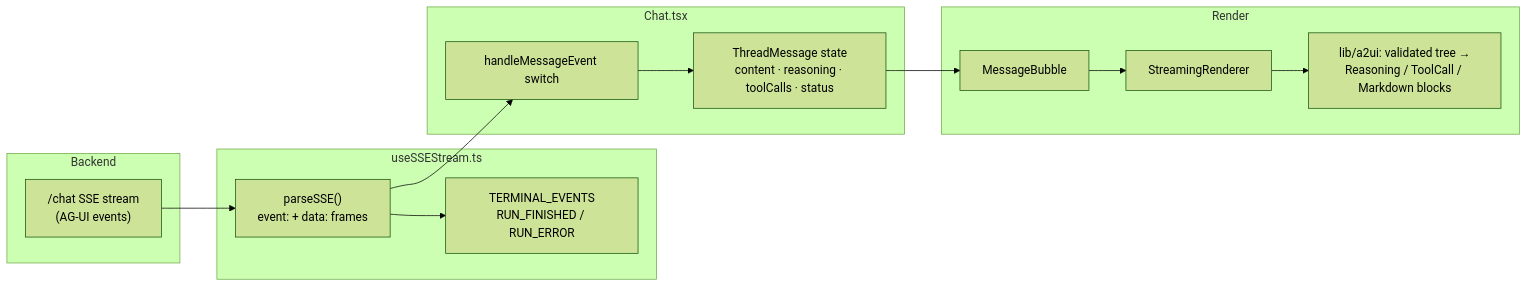
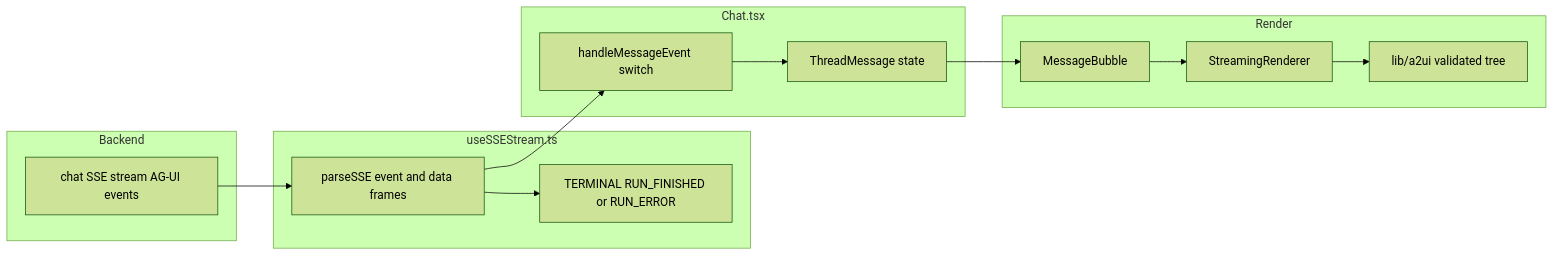
Before and after one commit to tituslhy/fictional-bassoon: the diagram in frontend/README.md, drawn with Mermaid (forest theme). The commit also changed other lines of this file and 60 other files, not shown here.

````diff
--- a/frontend/README.md
+++ b/frontend/README.md
@@ -17,22 +17,22 @@
 ```mermaid
 flowchart LR
     subgraph Backend
-        BE["/chat SSE stream<br/>(AG-UI events)"]
+        BE["chat SSE stream AG-UI events"]
     end
     subgraph Hook["useSSEStream.ts"]
-        P["parseSSE()<br/>event: + data: frames"]
-        T["TERMINAL_EVENTS<br/>RUN_FINISHED / RUN_ERROR"]
+        P["parseSSE event and data frames"]
+        T["TERMINAL RUN_FINISHED or RUN_ERROR"]
     end
     subgraph Chat["Chat.tsx"]
         S["handleMessageEvent switch"]
-        M["ThreadMessage state<br/>content · reasoning · toolCalls · status"]
+        M["ThreadMessage state"]
     end
     subgraph Render
         MB["MessageBubble"]
         SR["StreamingRenderer"]
-        A2["lib/a2ui: validated tree →<br/>Reasoning / ToolCall / Markdown blocks"]
+        A2["lib/a2ui validated tree"]
     end
 
     BE --> P --> S --> M --> MB --> SR --> A2
     P --> T
 ```
````
